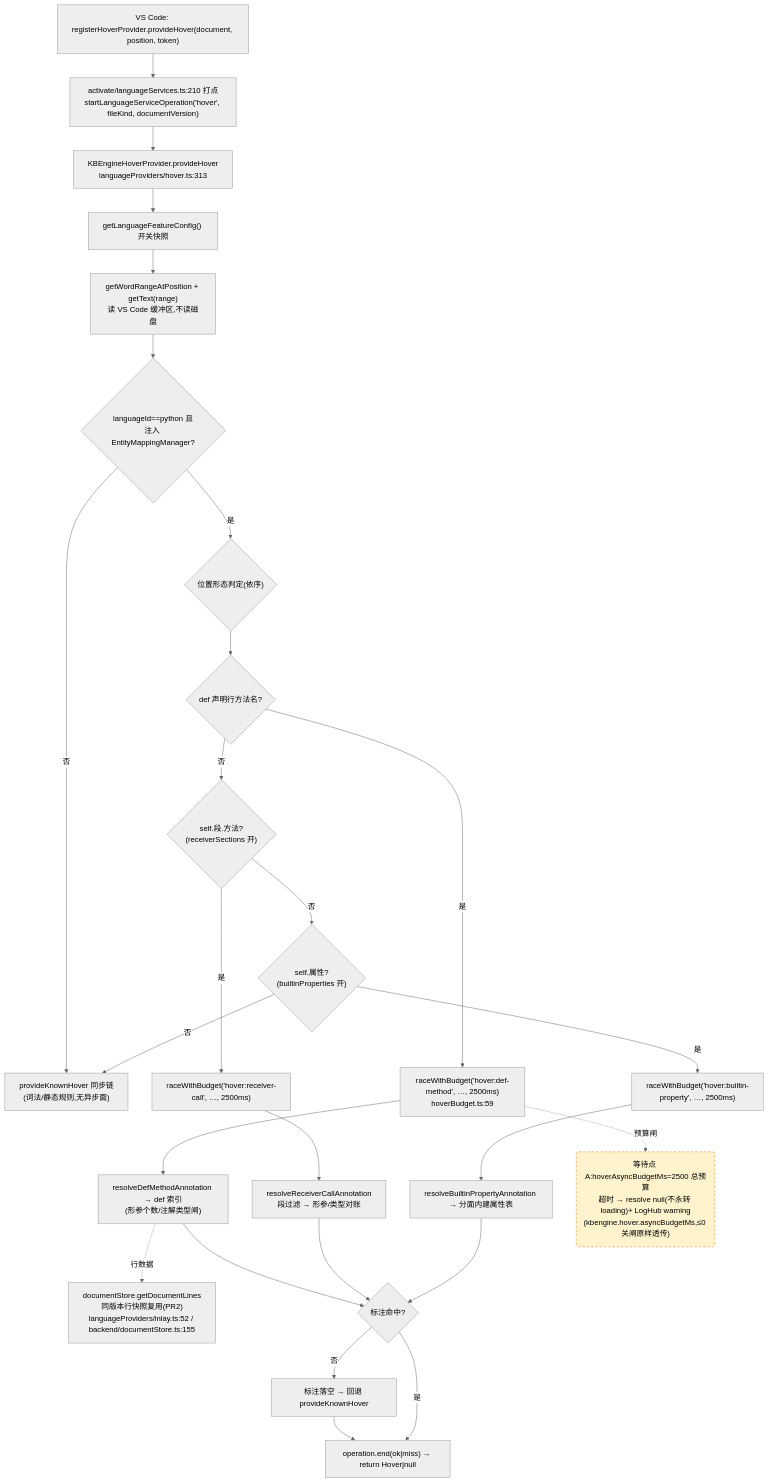
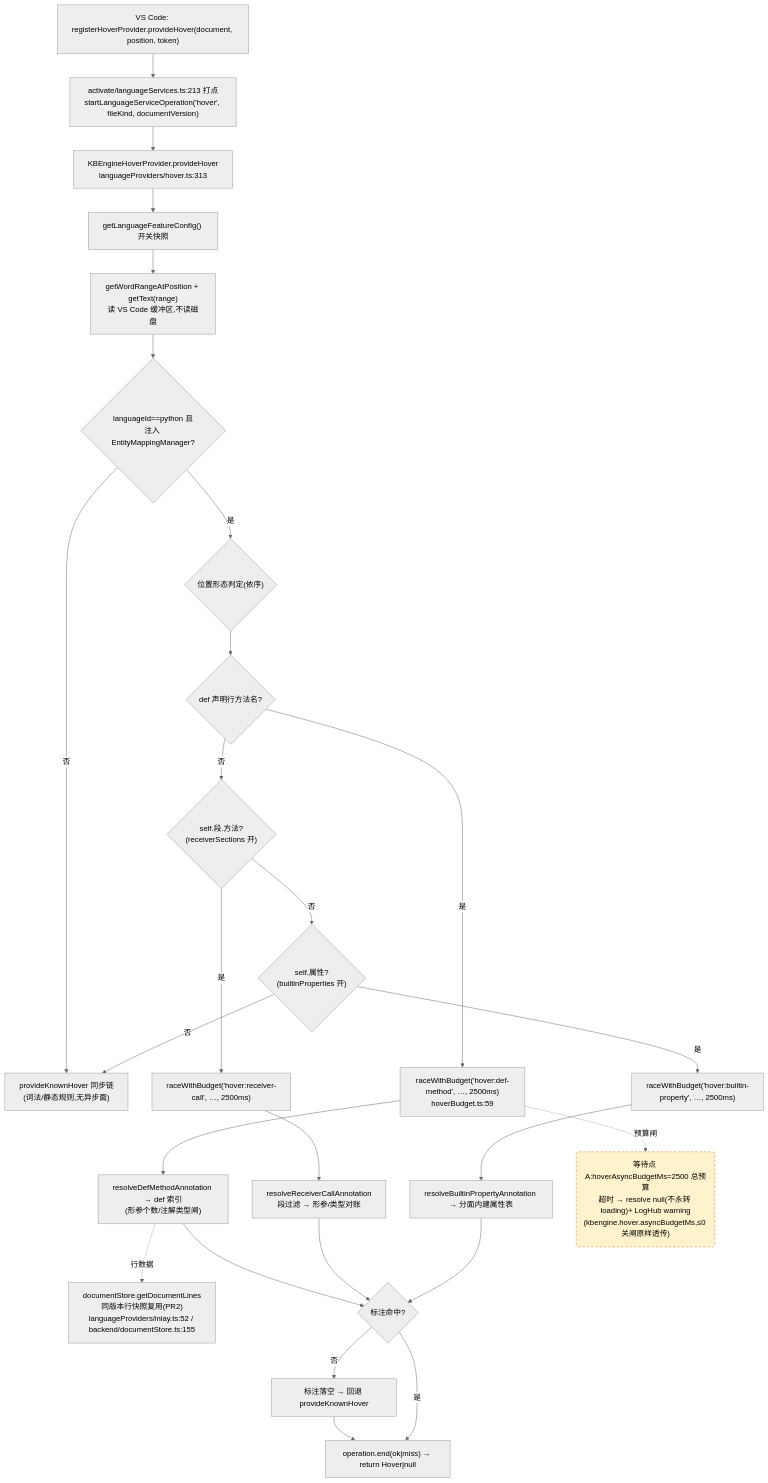
One commit to cuihairu/kode changed the first of 4 diagrams in docs/perf/2026-baseline.md. Above: the diagram before and after it, drawn with Mermaid (neutral theme). The commit also changed other lines of this file and 21 other files, not shown here.

````diff
--- a/docs/perf/2026-baseline.md
+++ b/docs/perf/2026-baseline.md
@@ -99,45 +99,45 @@
 ```mermaid
 flowchart TD
   VC1["VS Code: registerHoverProvider.provideHover(document, position, token)"]
-  M1["activate/languageServices.ts:210 打点<br/>startLanguageServiceOperation('hover', fileKind, documentVersion)"]
+  M1["activate/languageServices.ts:213 打点<br/>startLanguageServiceOperation('hover', fileKind, documentVersion)"]
   HP["KBEngineHoverProvider.provideHover<br/>languageProviders/hover.ts:313"]
   CFG["getLanguageFeatureConfig() 开关快照"]
   WORD["getWordRangeAtPosition + getText(range)<br/>读 VS Code 缓冲区,不读磁盘"]
   BR{"languageId==python 且<br/>注入 EntityMappingManager?"}
   KN["provideKnownHover 同步链<br/>(词法/静态规则,无异步面)"]
   POS{"位置形态判定(依序)"}
   D1{"def 声明行方法名?"}
   D2{"self.段.方法?<br/>(receiverSections 开)"}
   D3{"self.属性?<br/>(builtinProperties 开)"}
   RA1["raceWithBudget('hover:def-method', …, 2500ms)<br/>hoverBudget.ts:59"]
   RA2["raceWithBudget('hover:receiver-call', …, 2500ms)"]
   RA3["raceWithBudget('hover:builtin-property', …, 2500ms)"]
   RS1["resolveDefMethodAnnotation → def 索引<br/>(形参个数/注解类型闸)"]
   RS2["resolveReceiverCallAnnotation<br/>段过滤 → 形参/类型对账"]
   RS3["resolveBuiltinPropertyAnnotation → 分面内建属性表"]
   LINES["documentStore.getDocumentLines<br/>同版本行快照复用(PR2)<br/>languageProviders/inlay.ts:52 / backend/documentStore.ts:155"]
   MISS["标注落空 → 回退 provideKnownHover"]
   END1["operation.end(ok|miss) → return Hover|null"]
 
   VC1 --> M1 --> HP --> CFG --> WORD --> BR
   BR -- "否" --> KN
   BR -- "是" --> POS --> D1
   D1 -- "是" --> RA1 --> RS1
   D1 -- "否" --> D2
   D2 -- "是" --> RA2 --> RS2
   D2 -- "否" --> D3
   D3 -- "是" --> RA3 --> RS3
   D3 -- "否" --> KN
   RS1 --> HIT{"标注命中?"}
   RS2 --> HIT
   RS3 --> HIT
   RS1 -.->|行数据| LINES
   HIT -- "否" --> MISS --> END1
   HIT -- "是" --> END1
 
   WAITA("等待点 A:hoverAsyncBudgetMs=2500 总预算<br/>超时 → resolve null(不永转 loading)+ LogHub warning<br/>(kbengine.hover.asyncBudgetMs,≤0 关闸原样透传)")
   RA1 -.->|预算闸| WAITA
 
   classDef waitPoint fill:#fff3cd,stroke:#d97706,stroke-dasharray:5 4;
   class WAITA waitPoint;
 ```
````
